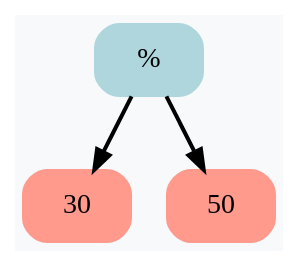
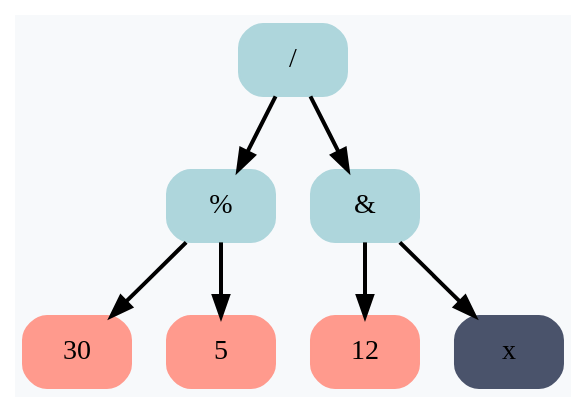
Before and after one commit to RTCupid/Differentiator: the diagram in Expression.dot, drawn with Graphviz. The commit also changed 13 other files, not shown here.

```diff
--- a/Expression.dot
+++ b/Expression.dot
@@ -1,9 +1,17 @@
 digraph G {
 	rankdir = HR;
 	bgcolor="#F7F9FB"
+	 node0x503000000190 [shape=Mrecord; style=filled; color="#aed6dc"; label =  "/ " ];
+	 node0x503000000190 -> node0x5030000000d0 [ style=bold; weight=1000; ];
+	 node0x503000000190 -> node0x503000000160 [ style=bold; weight=1000; ];
 	 node0x5030000000d0 [shape=Mrecord; style=filled; color="#aed6dc"; label =  "% " ];
 	 node0x5030000000d0 -> node0x503000000070 [ style=bold; weight=1000; ];
 	 node0x5030000000d0 -> node0x5030000000a0 [ style=bold; weight=1000; ];
 	 node0x503000000070 [shape=Mrecord; style=filled; color="#ff9a8d"; label =  "30 " ];
-	 node0x5030000000a0 [shape=Mrecord; style=filled; color="#ff9a8d"; label =  "50 " ];
+	 node0x5030000000a0 [shape=Mrecord; style=filled; color="#ff9a8d"; label =  "5 " ];
+	 node0x503000000160 [shape=Mrecord; style=filled; color="#aed6dc"; label =  "& " ];
+	 node0x503000000160 -> node0x503000000100 [ style=bold; weight=1000; ];
+	 node0x503000000160 -> node0x503000000130 [ style=bold; weight=1000; ];
+	 node0x503000000100 [shape=Mrecord; style=filled; color="#ff9a8d"; label =  "12 " ];
+	 node0x503000000130 [shape=Mrecord; style=filled; color="#4a536b"; label =  "x " ];
 }
```
